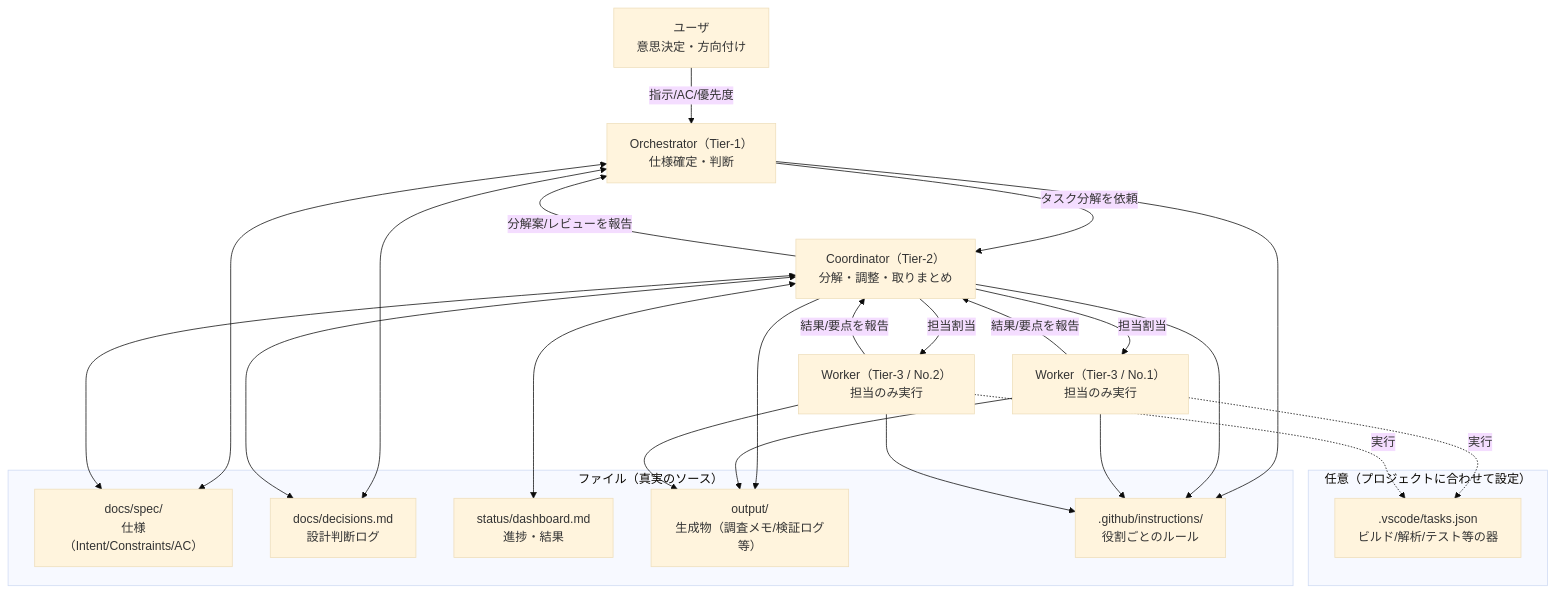
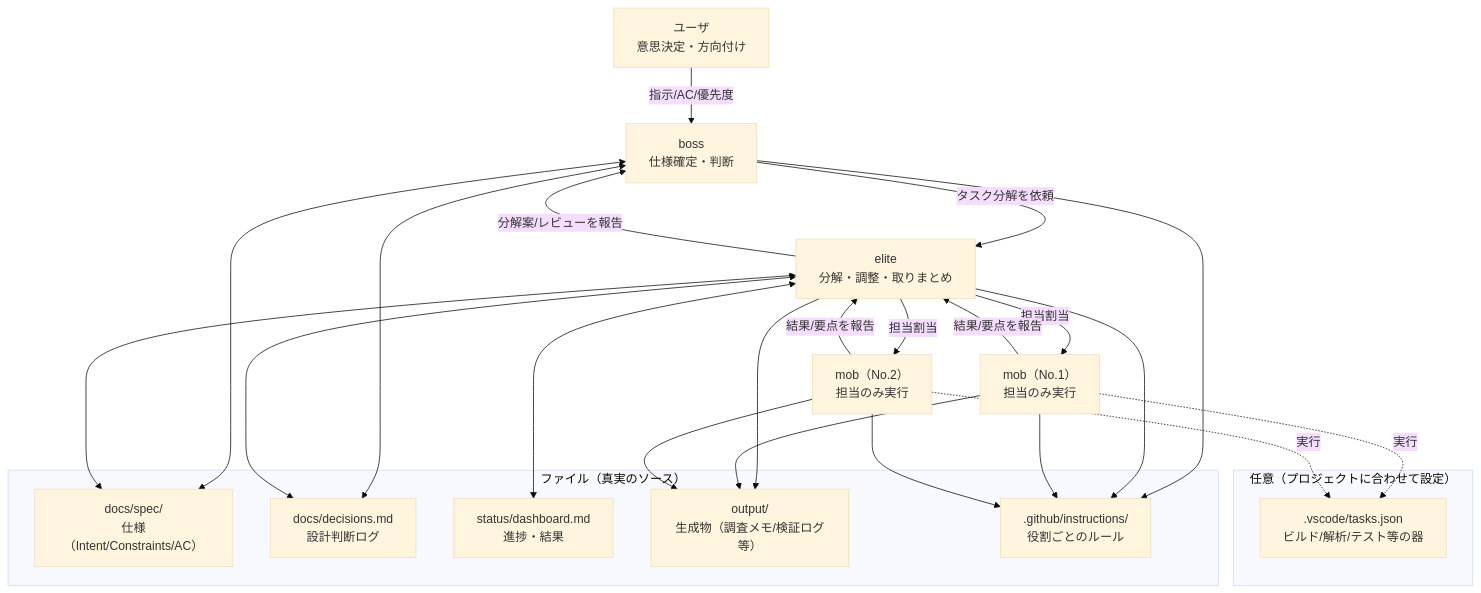
One commit to Yosuke-Hayakawa/BaseSystem_YpVer changed the diagram in README.md. Above: the diagram before and after it, drawn with Mermaid (base theme). The commit also changed other lines of this file and 45 other files, not shown here.

Commit message:
boss/elite/mob: update agent names and instructions

````diff
--- a/README.md
+++ b/README.md
@@ -15,37 +15,37 @@
 ```mermaid
 flowchart TB
-	U[ユーザ\n意思決定・方向付け] -->|指示/AC/優先度| S[Orchestrator（Tier-1）\n仕様確定・判断]
-	S -->|タスク分解を依頼| K[Coordinator（Tier-2）\n分解・調整・取りまとめ]
-	K -->|担当割当| A1[Worker（Tier-3 / No.1）\n担当のみ実行]
-	K -->|担当割当| A2[Worker（Tier-3 / No.2）\n担当のみ実行]
+	U[ユーザ\n意思決定・方向付け] -->|指示/AC/優先度| S[boss\n仕様確定・判断]
+	S -->|タスク分解を依頼| K[elite\n分解・調整・取りまとめ]
+	K -->|担当割当| A1[mob（No.1）\n担当のみ実行]
+	K -->|担当割当| A2[mob（No.2）\n担当のみ実行]
 	A1 -->|結果/要点を報告| K
 	A2 -->|結果/要点を報告| K
 	K -->|分解案/レビューを報告| S
 
 	subgraph Files[ファイル（真実のソース）]
 		SPEC[docs/spec/\n仕様（Intent/Constraints/AC）]
 		DEC[docs/decisions.md\n設計判断ログ]
 		DASH[status/dashboard.md\n進捗・結果]
 		OUT[output/\n生成物（調査メモ/検証ログ等）]
 		INS[.github/instructions/\n役割ごとのルール]
 	end
 
 	S <--> SPEC
 	K <--> SPEC
 	S <--> DEC
 	K <--> DEC
 	K <--> DASH
 	K --> OUT
 	A1 --> OUT
 	A2 --> OUT
 	S --> INS
 	K --> INS
 	A1 --> INS
 	A2 --> INS
 
 	subgraph Optional[任意（プロジェクトに合わせて設定）]
 		T[.vscode/tasks.json\nビルド/解析/テスト等の器]
 	end
 	A1 -. 実行 .-> T
 	A2 -. 実行 .-> T
 ```
````
